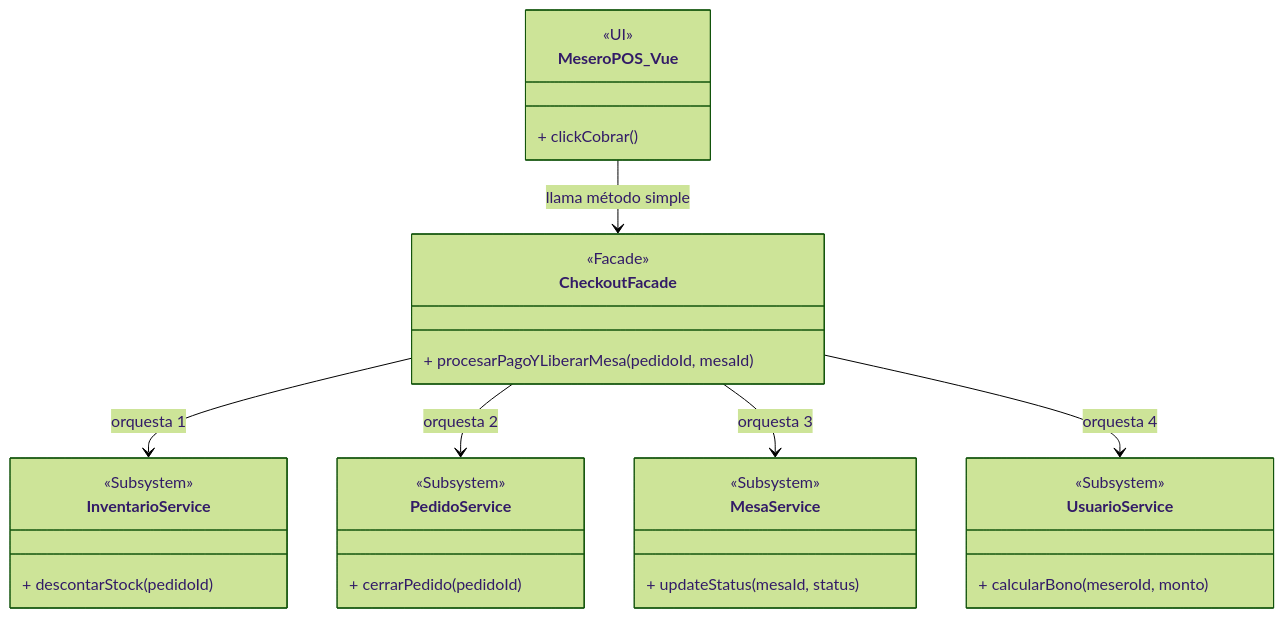
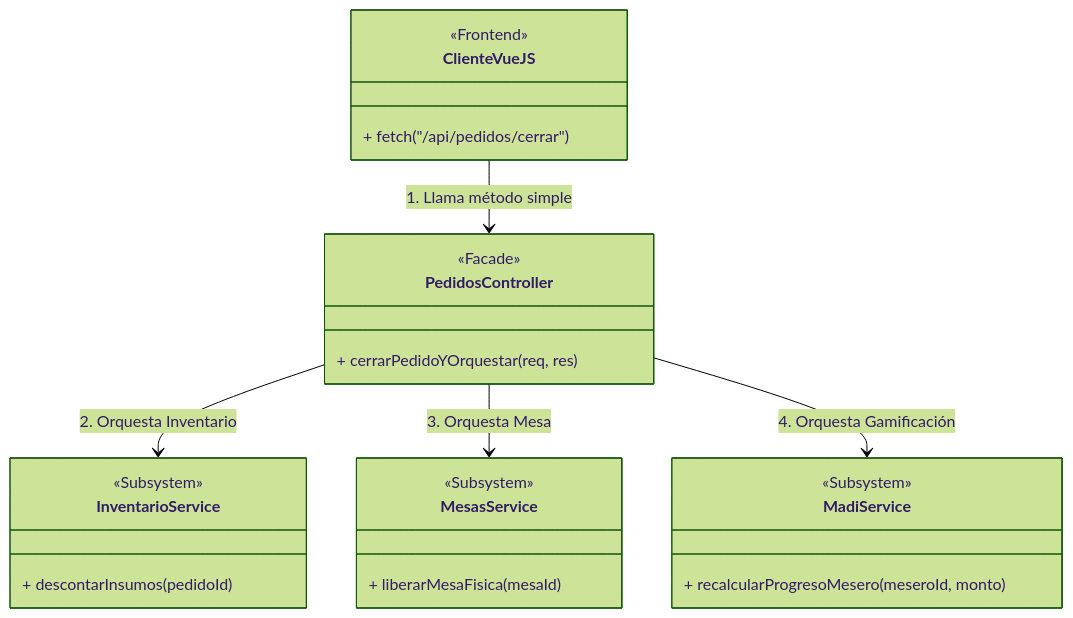
One commit to RodrigoAndrade950804/Administracion-MVC changed the second of 3 diagrams in analisis_solid_patrones.md. Above: the diagram before and after it, drawn with Mermaid (forest theme). The commit also changed other lines of this file and 2 other files, not shown here.

Commit message:
docs: actualizar README con patrones Facade y Singleton

````diff
--- a/analisis_solid_patrones.md
+++ b/analisis_solid_patrones.md
@@ -86,38 +73,32 @@
 ```mermaid
 classDiagram
-    class MeseroPOS_Vue {
-      <<UI>>
-      + clickCobrar()
+    class ClienteVueJS {
+      <<Frontend>>
+      + fetch("/api/pedidos/cerrar")
     }
     
-    class CheckoutFacade {
+    class PedidosController {
       <<Facade>>
-      + procesarPagoYLiberarMesa(pedidoId, mesaId)
+      + cerrarPedidoYOrquestar(req, res)
     }
     
     class InventarioService {
       <<Subsystem>>
-      + descontarStock(pedidoId)
+      + descontarInsumos(pedidoId)
     }
     
-    class PedidoService {
+    class MesasService {
       <<Subsystem>>
-      + cerrarPedido(pedidoId)
+      + liberarMesaFisica(mesaId)
     }
     
-    class MesaService {
+    class MadiService {
       <<Subsystem>>
-      + updateStatus(mesaId, status)
-    }
-    
-    class UsuarioService {
-       <<Subsystem>>
-       + calcularBono(meseroId, monto)
+      + recalcularProgresoMesero(meseroId, monto)
     }
 
-    MeseroPOS_Vue --> CheckoutFacade : llama método simple
-    CheckoutFacade --> InventarioService : orquesta 1
-    CheckoutFacade --> PedidoService : orquesta 2
-    CheckoutFacade --> MesaService : orquesta 3
-    CheckoutFacade --> UsuarioService : orquesta 4
+    ClienteVueJS --> PedidosController : 1. Llama método simple
+    PedidosController --> InventarioService : 2. Orquesta Inventario
+    PedidosController --> MesasService : 3. Orquesta Mesa
+    PedidosController --> MadiService : 4. Orquesta Gamificación
 ```
````
